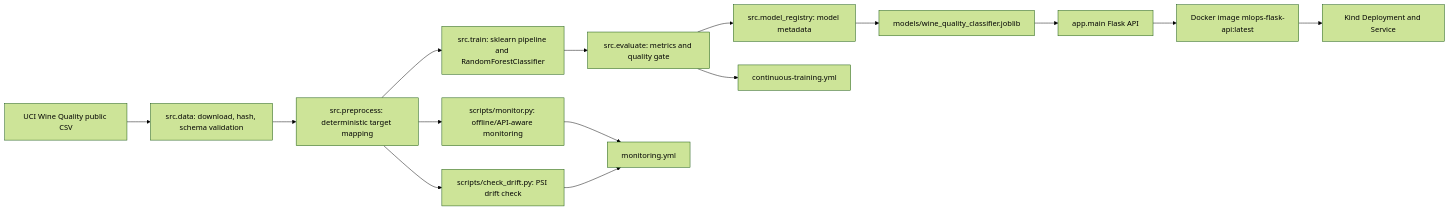
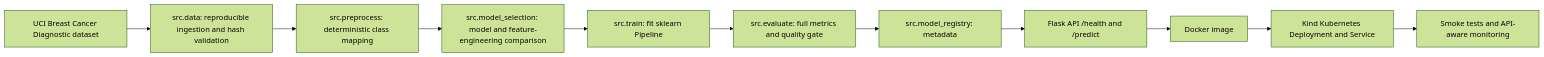
Before and after one commit to lorcan973232/mlops-metro-traffic-volume-pipeline: the diagram in README.md, drawn with Mermaid (forest theme). The commit also changed other lines of this file and 51 other files, not shown here.

Commit message:
Optimize diagnostic model performance evidence

````diff
--- a/README.md
+++ b/README.md
@@ -152,17 +156,13 @@
 ```mermaid
 flowchart LR
-  A["UCI Wine Quality public CSV"] --> B["src.data: download, hash, schema validation"]
-  B --> C["src.preprocess: deterministic target mapping"]
-  C --> D["src.train: sklearn pipeline and RandomForestClassifier"]
-  D --> E["src.evaluate: metrics and quality gate"]
-  E --> F["src.model_registry: model metadata"]
-  F --> G["models/wine_quality_classifier.joblib"]
-  G --> H["app.main Flask API"]
-  H --> I["Docker image mlops-flask-api:latest"]
-  I --> J["Kind Deployment and Service"]
-  C --> K["scripts/monitor.py: offline/API-aware monitoring"]
-  C --> L["scripts/check_drift.py: PSI drift check"]
-  E --> M["continuous-training.yml"]
-  K --> N["monitoring.yml"]
-  L --> N
+  A["UCI Breast Cancer Diagnostic dataset"] --> B["src.data: reproducible ingestion and hash validation"]
+  B --> C["src.preprocess: deterministic class mapping"]
+  C --> D["src.model_selection: model and feature-engineering comparison"]
+  D --> E["src.train: fit sklearn Pipeline"]
+  E --> F["src.evaluate: full metrics and quality gate"]
+  F --> G["src.model_registry: metadata"]
+  G --> H["Flask API /health and /predict"]
+  H --> I["Docker image"]
+  I --> J["Kind Kubernetes Deployment and Service"]
+  J --> K["Smoke tests and API-aware monitoring"]
 ```
````
